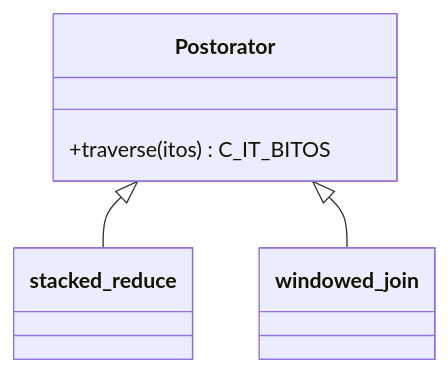
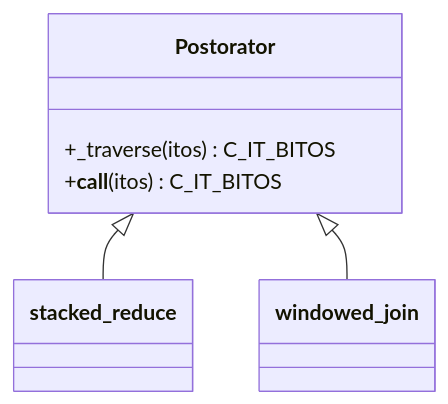
The tenth of 10 diagrams in docs/4. Arborform.md (rlayers/pawpaw), drawn with Mermaid before and after one commit.

Commit message:
Postorator cleanup

````diff
--- a/docs/4. Arborform.md
+++ b/docs/4. Arborform.md
@@ -405,9 +405,10 @@
 ```mermaid
 classDiagram
   class Postorator{
-      +traverse(itos) C_IT_BITOS
+      +_traverse(itos) C_IT_BITOS
+      +__call__(itos) C_IT_BITOS
   }
 
   Postorator <|-- stacked_reduce
   Postorator <|-- windowed_join
 ```
````
